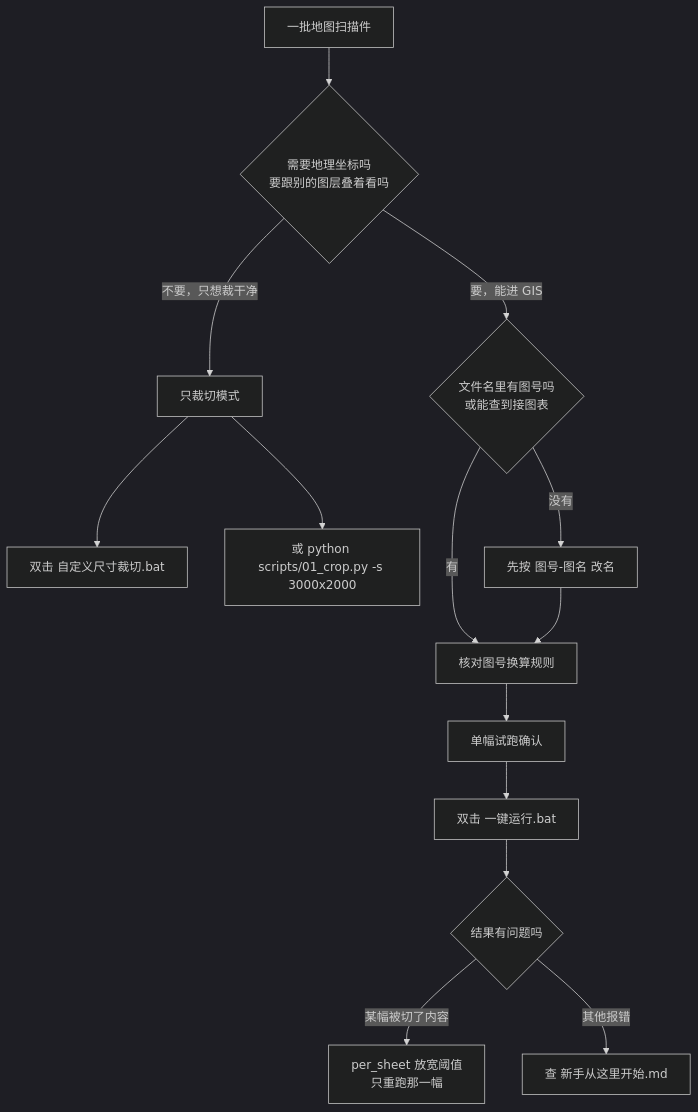
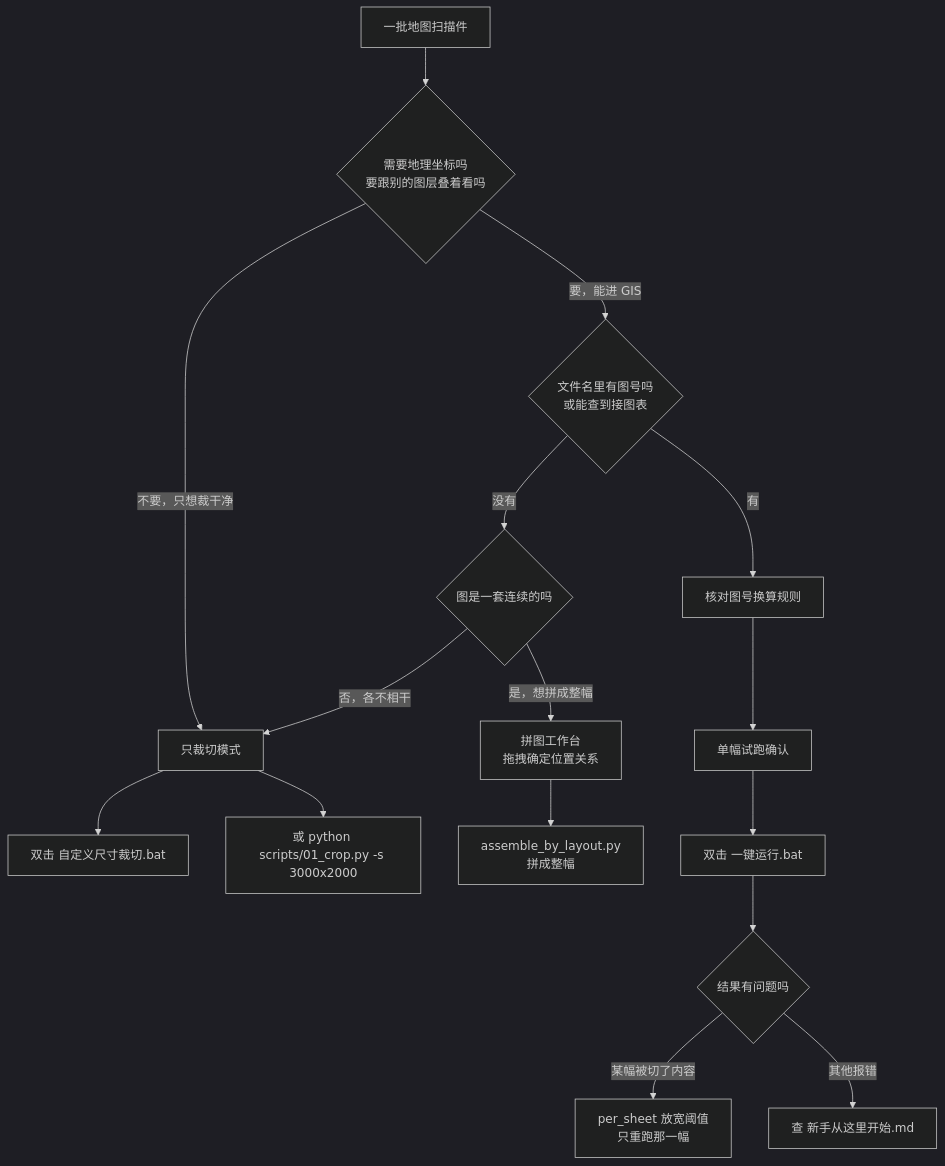
The diagram in README.md (EWlaker/China-historical-map-toolkit), drawn with Mermaid (dark theme) before and after one commit. The commit also changed other lines of this file and 6 other files, not shown here.

Commit message:
新增拼图工作台与拼接成果两个小白向 bat；拼图网页加滚轮缩放、拖动平移

````diff
--- a/README.md
+++ b/README.md
@@ -74,16 +74,18 @@
 ```mermaid
 flowchart TD
     A[一批地图扫描件] --> B{"需要地理坐标吗<br/>要跟别的图层叠着看吗"}
     B -->|"不要，只想裁干净"| C["只裁切模式"]
     B -->|"要，能进 GIS"| D{"文件名里有图号吗<br/>或能查到接图表"}
     C --> C1["双击 自定义尺寸裁切.bat"]
     C --> C2["或 python scripts/01_crop.py -s 3000x2000"]
-    D -->|"没有"| E["先按 图号-图名 改名"]
+    D -->|"没有"| P{"图是一套连续的吗"}
     D -->|"有"| F["核对图号换算规则"]
-    E --> F
+    P -->|"是，想拼成整幅"| Q["拼图工作台<br/>拖拽确定位置关系"]
+    P -->|"否，各不相干"| C
+    Q --> Q2["assemble_by_layout.py<br/>拼成整幅"]
     F --> G["单幅试跑确认"]
     G --> H["双击 一键运行.bat"]
     H --> I{"结果有问题吗"}
     I -->|"某幅被切了内容"| J["per_sheet 放宽阈值<br/>只重跑那一幅"]
     I -->|"其他报错"| K["查 新手从这里开始.md"]
 ```
````
